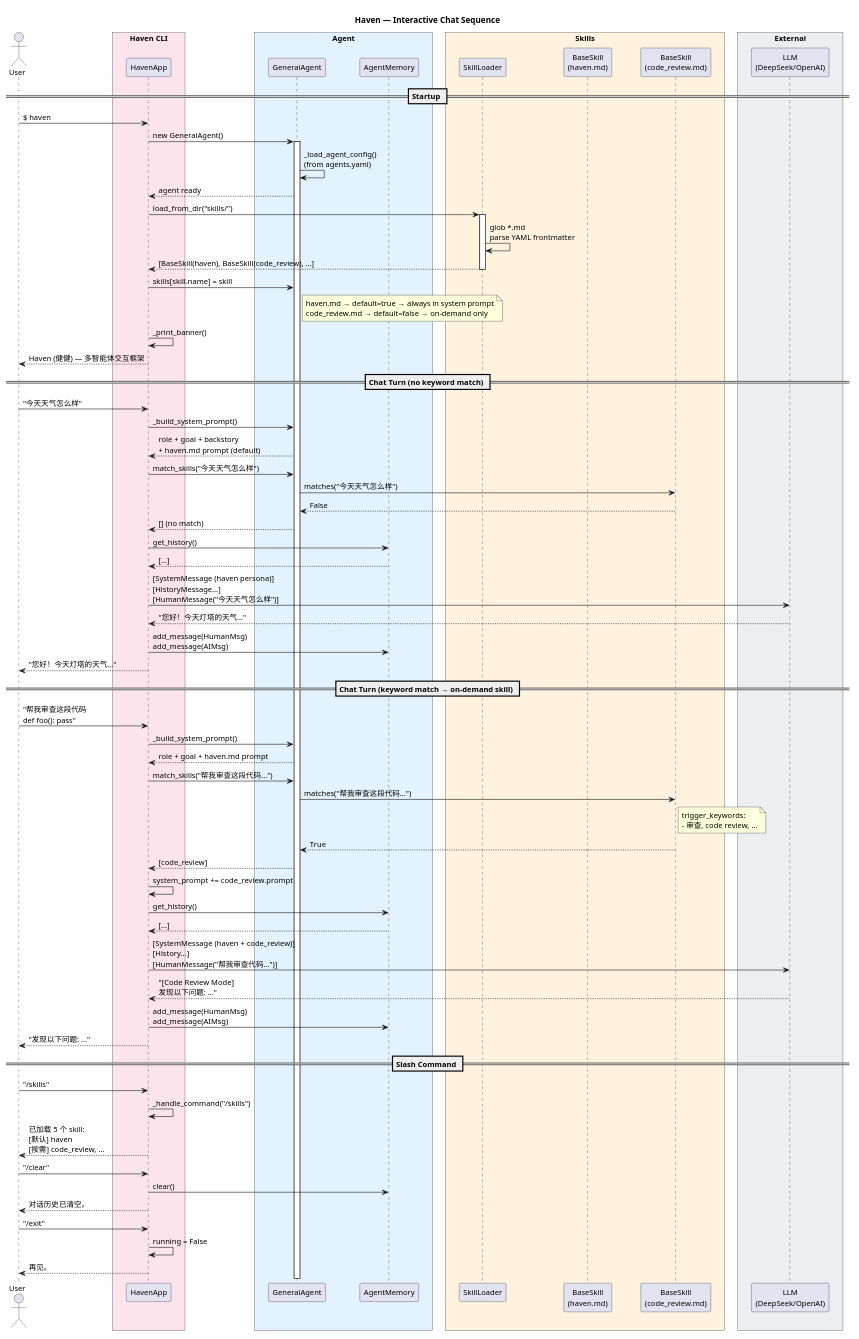
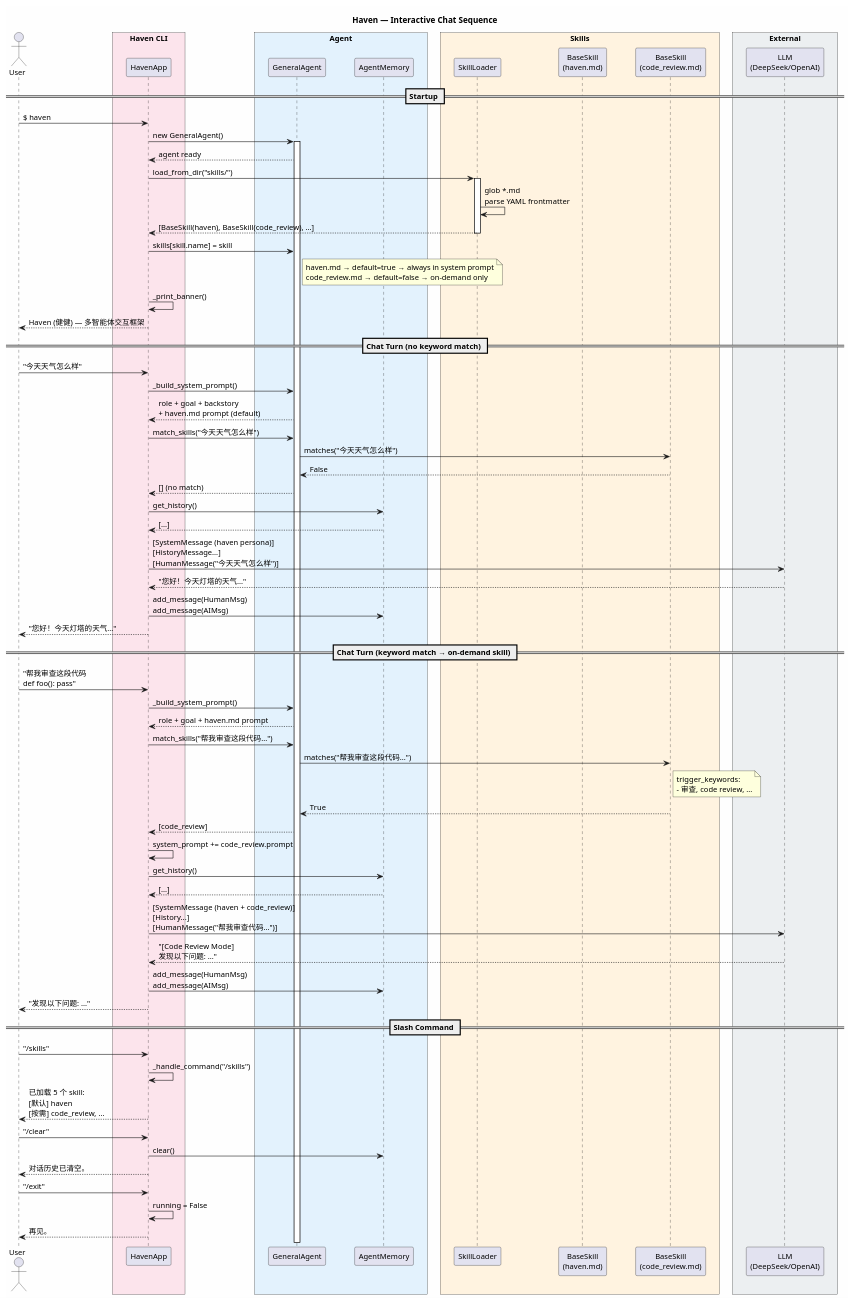
The diagram in docs/haven_sequence.puml (slnt23/Haven), drawn with PlantUML before and after one commit. The commit also changed 14 other files, not shown here.

```diff
--- a/docs/haven_sequence.puml
+++ b/docs/haven_sequence.puml
@@ -1,131 +1,130 @@
 @startuml haven_sequence
 ' ============================================================================
 ' Haven Framework — Sequence: Chat Interaction Flow
 ' ============================================================================
 
 skinparam backgroundColor #FEFEFE
 skinparam defaultFontSize 13
 skinparam ParticipantPadding 20
 skinparam BoxPadding 10
 
 title Haven — Interactive Chat Sequence
 
 actor "User" as user
 
 box "Haven CLI" #FCE4EC
     participant "HavenApp" as app
 end box
 
 box "Agent" #E3F2FD
     participant "GeneralAgent" as agent
     participant "AgentMemory" as mem
 end box
 
 box "Skills" #FFF3E0
     participant "SkillLoader" as loader
     participant "BaseSkill\n(haven.md)" as haven
     participant "BaseSkill\n(code_review.md)" as cr
 end box
 
 box "External" #ECEFF1
     participant "LLM\n(DeepSeek/OpenAI)" as llm
 end box
 
 ' --------------------------------------------------------------------------
 ' Startup
 ' --------------------------------------------------------------------------
 
 == Startup ==
 
 user -> app : $ haven
 app -> agent : new GeneralAgent()
 activate agent
-agent -> agent : _load_agent_config()\n(from agents.yaml)
 agent --> app : agent ready
 
 app -> loader : load_from_dir("skills/")
 activate loader
 loader -> loader : glob *.md\nparse YAML frontmatter
 loader --> app : [BaseSkill(haven), BaseSkill(code_review), ...]
 deactivate loader
 
 app -> agent : skills[skill.name] = skill
 note right of agent
   haven.md → default=true → always in system prompt
   code_review.md → default=false → on-demand only
 end note
 
 app -> app : _print_banner()
 user <-- app : Haven (健健) — 多智能体交互框架
 
 ' --------------------------------------------------------------------------
 ' Normal Chat Turn
 ' --------------------------------------------------------------------------
 
 == Chat Turn (no keyword match) ==
 
 user -> app : "今天天气怎么样"
 app -> agent : _build_system_prompt()
 agent --> app : role + goal + backstory\n+ haven.md prompt (default)
 
 app -> agent : match_skills("今天天气怎么样")
 agent -> cr : matches("今天天气怎么样")
 cr --> agent : False
 agent --> app : [] (no match)
 
 app -> mem : get_history()
 mem --> app : [...]
 
 app -> llm : [SystemMessage (haven persona)]\n[HistoryMessage...]\n[HumanMessage("今天天气怎么样")]
 llm --> app : "您好！今天灯塔的天气..."
 app -> mem : add_message(HumanMsg)\nadd_message(AIMsg)
 user <-- app : "您好！今天灯塔的天气..."
 
 ' --------------------------------------------------------------------------
 ' Chat Turn with Keyword Match
 ' --------------------------------------------------------------------------
 
 == Chat Turn (keyword match → on-demand skill) ==
 
 user -> app : "帮我审查这段代码\ndef foo(): pass"
 app -> agent : _build_system_prompt()
 agent --> app : role + goal + haven.md prompt
 
 app -> agent : match_skills("帮我审查这段代码...")
 agent -> cr : matches("帮我审查这段代码...")
 note right of cr
   trigger_keywords:
   - 审查, code review, ...
 end note
 cr --> agent : True
 agent --> app : [code_review]
 
 app -> app : system_prompt += code_review.prompt
 
 app -> mem : get_history()
 mem --> app : [...]
 
 app -> llm : [SystemMessage (haven + code_review)]\n[History...]\n[HumanMessage("帮我审查代码...")]
 llm --> app : "[Code Review Mode]\n发现以下问题: ..."
 app -> mem : add_message(HumanMsg)\nadd_message(AIMsg)
 user <-- app : "发现以下问题: ..."
 
 ' --------------------------------------------------------------------------
 ' Slash Command
 ' --------------------------------------------------------------------------
 
 == Slash Command ==
 
 user -> app : "/skills"
 app -> app : _handle_command("/skills")
 user <-- app : 已加载 5 个 skill:\n[默认] haven\n[按需] code_review, ...
 
 user -> app : "/clear"
 app -> mem : clear()
 user <-- app : 对话历史已清空。
 
 user -> app : "/exit"
 app -> app : running = False
 user <-- app : 再见。
 
 @enduml
```
